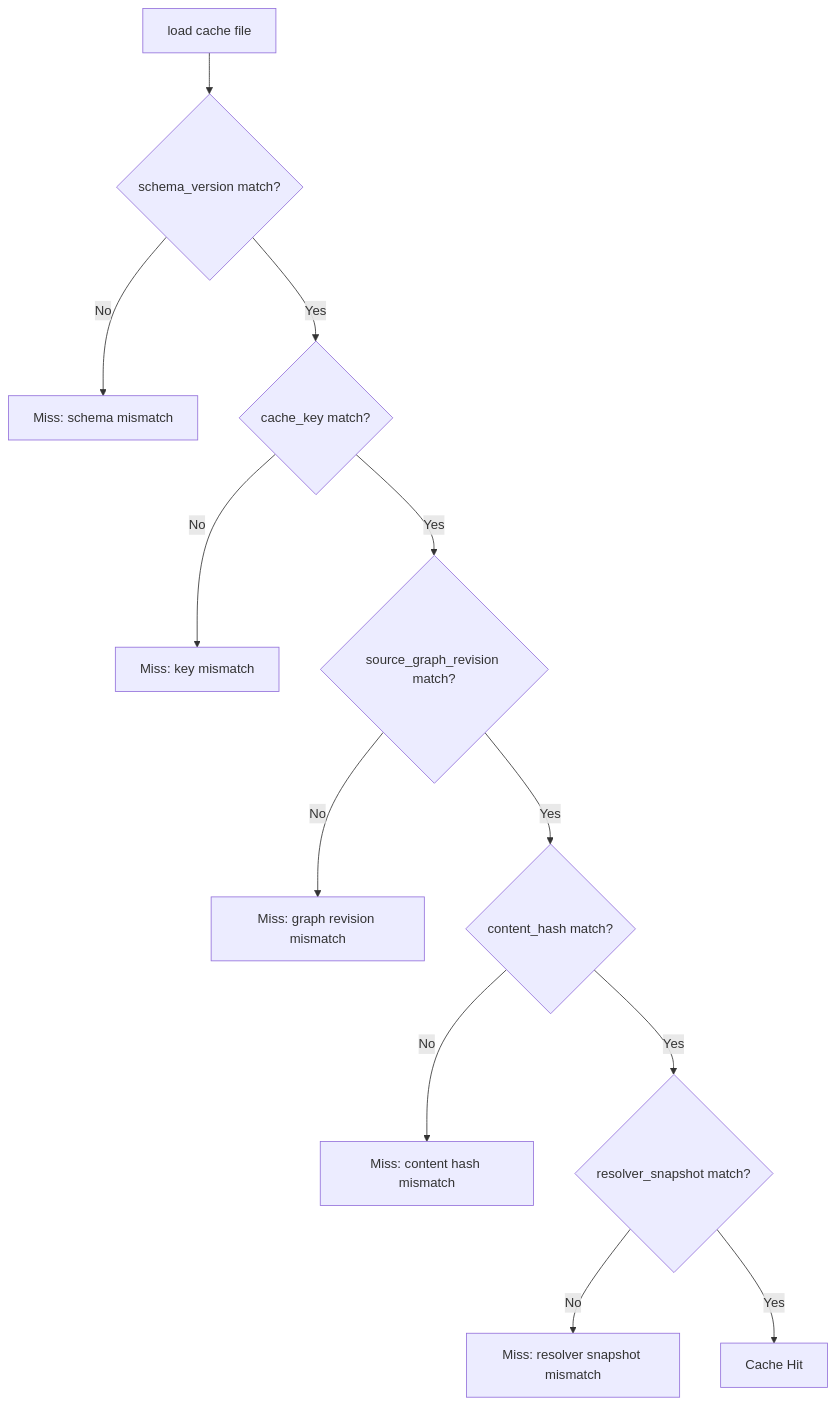
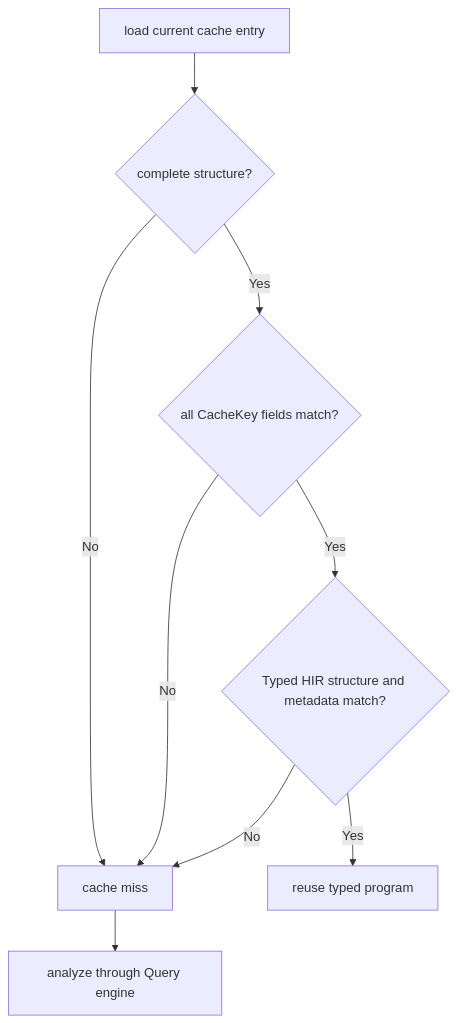
The diagram in docs/rfcs/0016-incremental-cache-contract.zh.md (Zzzode/AHFL), drawn with Mermaid before and after one commit. The commit also changed other lines of this file and 933 other files, not shown here.

````diff
--- a/docs/rfcs/0016-incremental-cache-contract.zh.md
+++ b/docs/rfcs/0016-incremental-cache-contract.zh.md
@@ -109,14 +102,11 @@
 ```mermaid
 flowchart TD
-    Load["load cache file"] --> Schema{"schema_version match?"}
-    Schema -->|No| MissSchema["Miss: schema mismatch"]
-    Schema -->|Yes| Key{"cache_key match?"}
-    Key -->|No| MissKey["Miss: key mismatch"]
-    Key -->|Yes| Graph{"source_graph_revision match?"}
-    Graph -->|No| MissGraph["Miss: graph revision mismatch"]
-    Graph -->|Yes| Content{"content_hash match?"}
-    Content -->|No| MissContent["Miss: content hash mismatch"]
-    Content -->|Yes| Resolver{"resolver_snapshot match?"}
-    Resolver -->|No| MissResolver["Miss: resolver snapshot mismatch"]
-    Resolver -->|Yes| Hit["Cache Hit"]
+    Load["load current cache entry"] --> Shape{"complete structure?"}
+    Shape -->|No| Miss["cache miss"]
+    Shape -->|Yes| Key{"all CacheKey fields match?"}
+    Key -->|No| Miss
+    Key -->|Yes| HIR{"Typed HIR structure and metadata match?"}
+    HIR -->|No| Miss
+    HIR -->|Yes| Hit["reuse typed program"]
+    Miss --> Rebuild["analyze through Query engine"]
 ```
````
